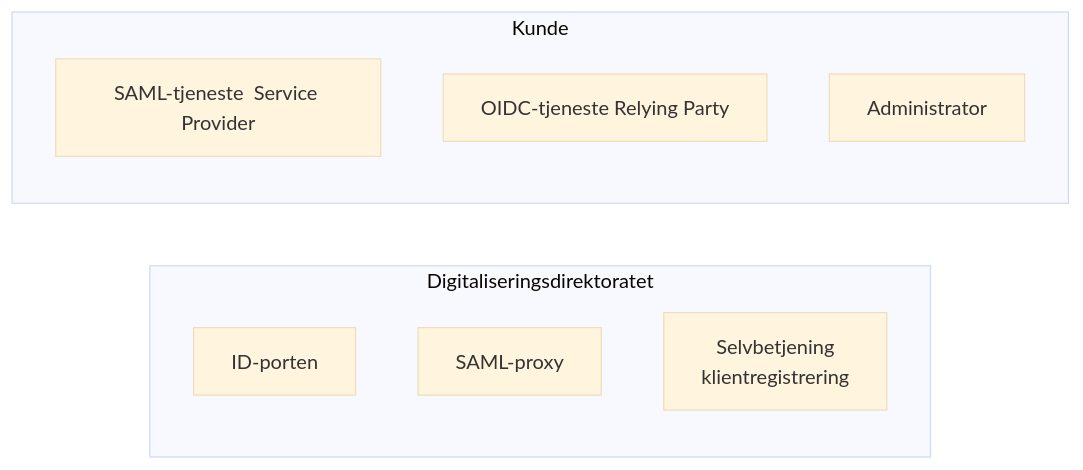
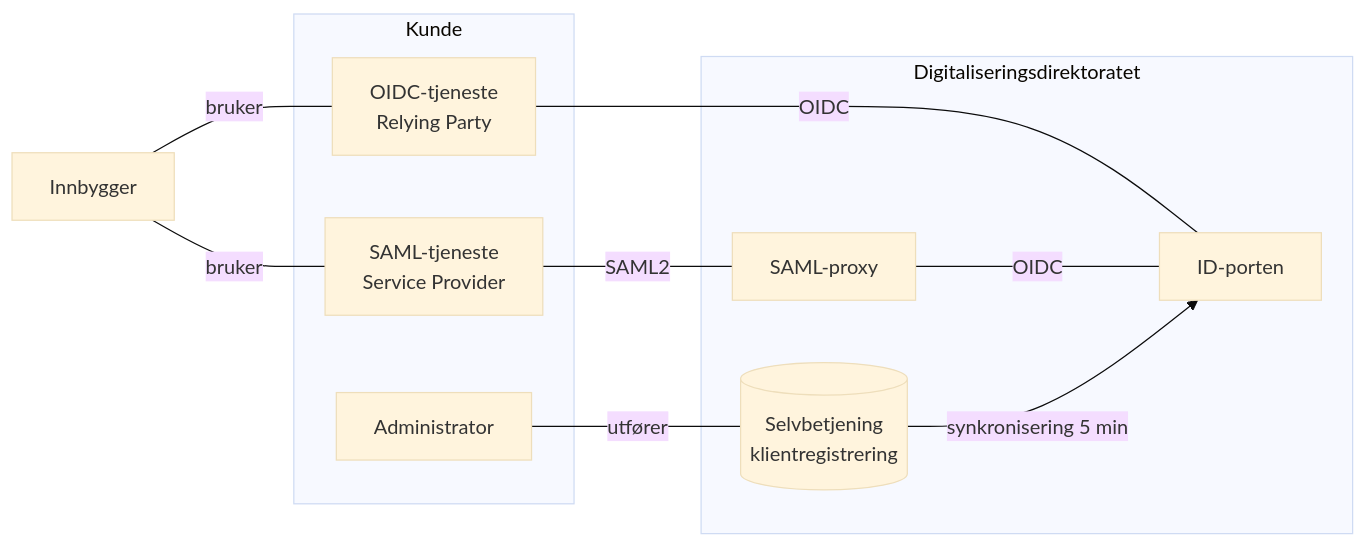
One commit to felleslosninger/docs changed the diagram in _docs/idporten/idporten/idporten_overordnet.md. Above: the diagram before and after it, drawn with Mermaid (base theme).

```diff
--- a/_docs/idporten/idporten/idporten_overordnet.md
+++ b/_docs/idporten/idporten/idporten_overordnet.md
@@ -26,14 +26,22 @@
 <div class="mermaid">
 graph LR
   subgraph Digitaliseringsdirektoratet
     IDP[ID-porten]
     SAML[SAML-proxy]
-    SADM[Selvbetjening <br/> klientregistrering]
+    SADM[(Selvbetjening <br/>klientregistrering)]
   end
   subgraph Kunde
-     SP[SAML-tjeneste  Service Provider]
-     RP[OIDC-tjeneste  Relying Party]
+     SP[SAML-tjeneste <br/>Service Provider]
+     RP[OIDC-tjeneste <br/>Relying Party]
      ADM[Administrator]
   end
+  RP-- OIDC ---IDP
+  SP-- SAML2 ---SAML
+  SAML-- OIDC ---IDP
+  ADM-- utfører ---SADM
+  SADM-- synkronisering 5 min -->IDP
+
+  Innbygger-- bruker ---SP
+  Innbygger-- bruker ---RP
 
 </div>
```
